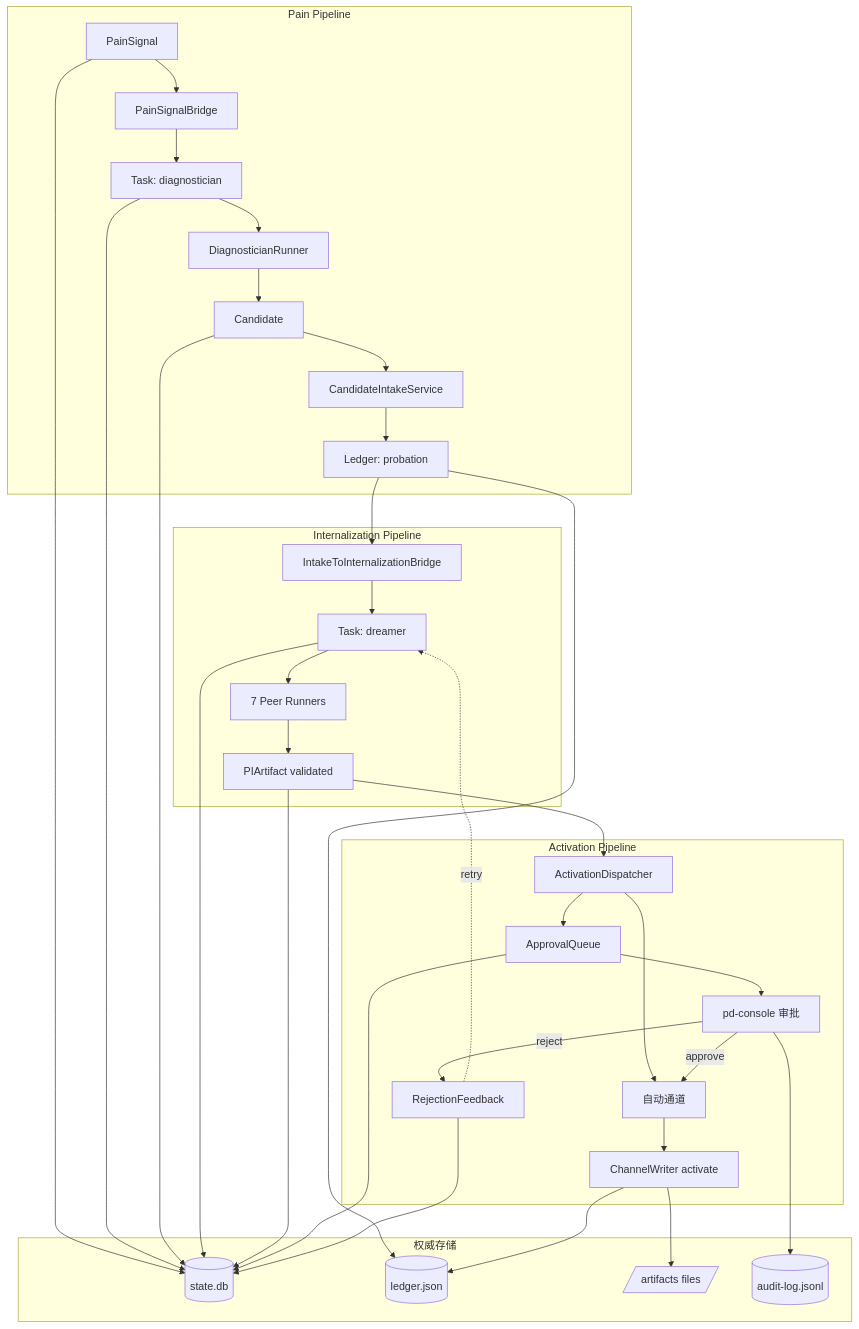
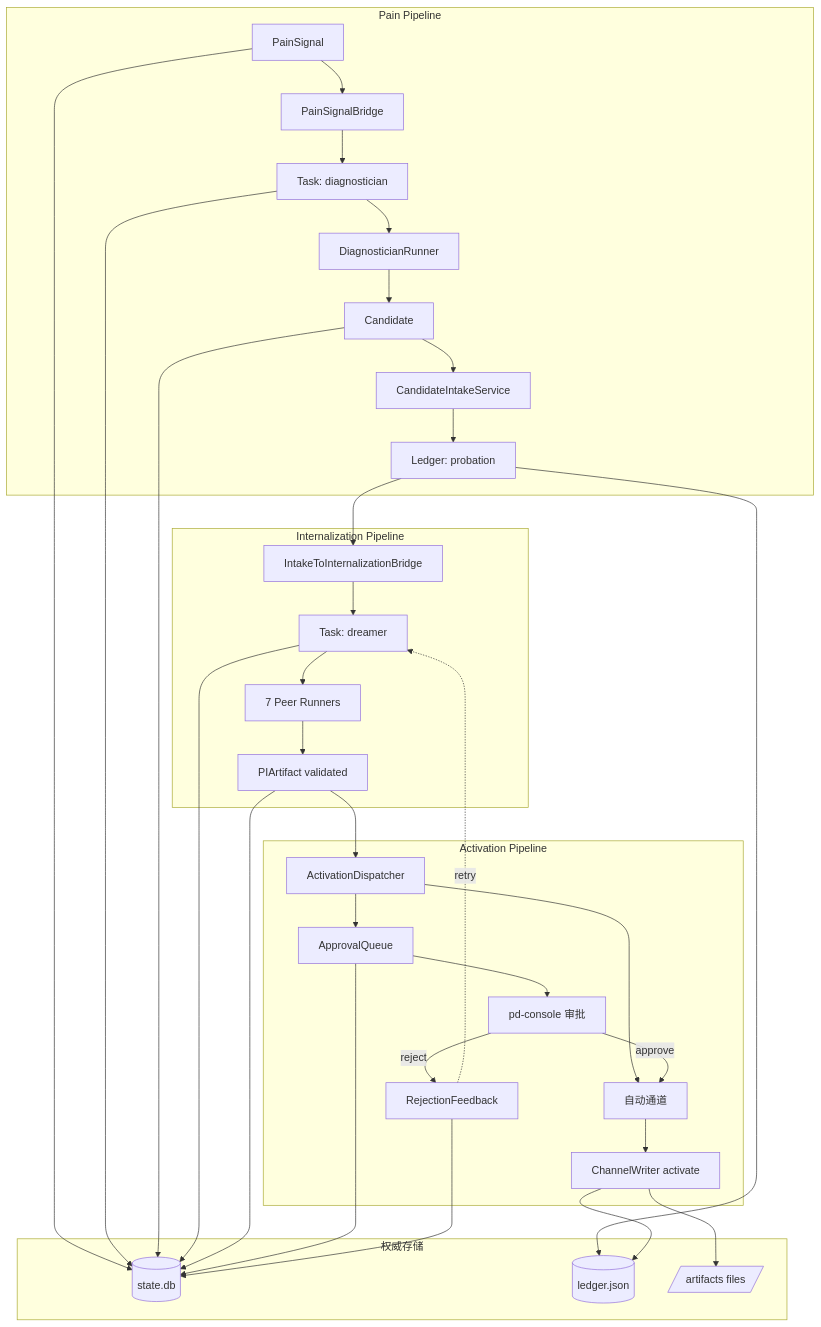
The diagram in docs/architecture/DATA_ARCHITECTURE.md (csuzngjh/principles), drawn with Mermaid before and after one commit. The commit also changed other lines of this file and 5 other files, not shown here.

````diff
--- a/docs/architecture/DATA_ARCHITECTURE.md
+++ b/docs/architecture/DATA_ARCHITECTURE.md
@@ -759,48 +775,46 @@
 ```mermaid
 flowchart TD
     subgraph Stage1["Pain Pipeline"]
         Pain[PainSignal] --> Bridge[PainSignalBridge]
         Bridge --> DiagTask[Task: diagnostician]
         DiagTask --> Diag[DiagnosticianRunner]
         Diag --> Cand[Candidate]
         Cand --> Intake[CandidateIntakeService]
         Intake --> Probation[Ledger: probation]
     end
 
     subgraph Stage2["Internalization Pipeline"]
         Probation --> IntakeBridge[IntakeToInternalizationBridge]
         IntakeBridge --> DreamerTask[Task: dreamer]
         DreamerTask --> Runners[7 Peer Runners]
         Runners --> PIArt[PIArtifact validated]
     end
 
     subgraph Stage3["Activation Pipeline"]
         PIArt --> Dispatcher[ActivationDispatcher]
         Dispatcher --> Auto[自动通道]
         Dispatcher --> Approval[ApprovalQueue]
         Approval --> Console[pd-console 审批]
         Console -->|approve| Auto
         Console -->|reject| Feedback[RejectionFeedback]
         Feedback -.->|retry| DreamerTask
         Auto --> Activate[ChannelWriter activate]
     end
 
     subgraph Storage["权威存储"]
         SQLite[(state.db)]
         Ledger[(ledger.json)]
         Files[/artifacts files/]
-        Audit[(audit-log.jsonl)]
     end
 
     Pain --> SQLite
     DiagTask --> SQLite
     Cand --> SQLite
     Probation --> Ledger
     DreamerTask --> SQLite
     PIArt --> SQLite
     Approval --> SQLite
     Feedback --> SQLite
     Activate --> Ledger
     Activate --> Files
-    Console --> Audit
 ```
````
